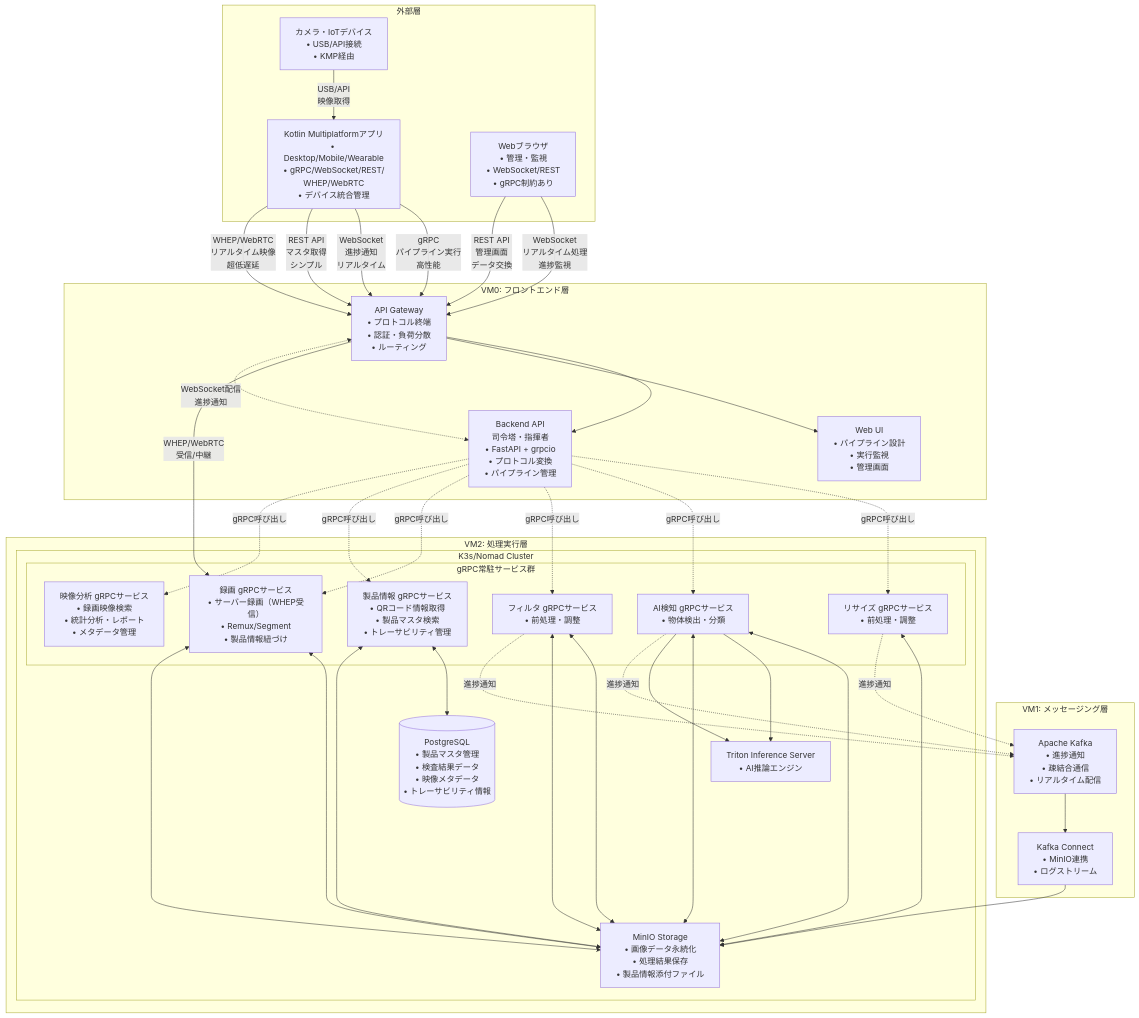
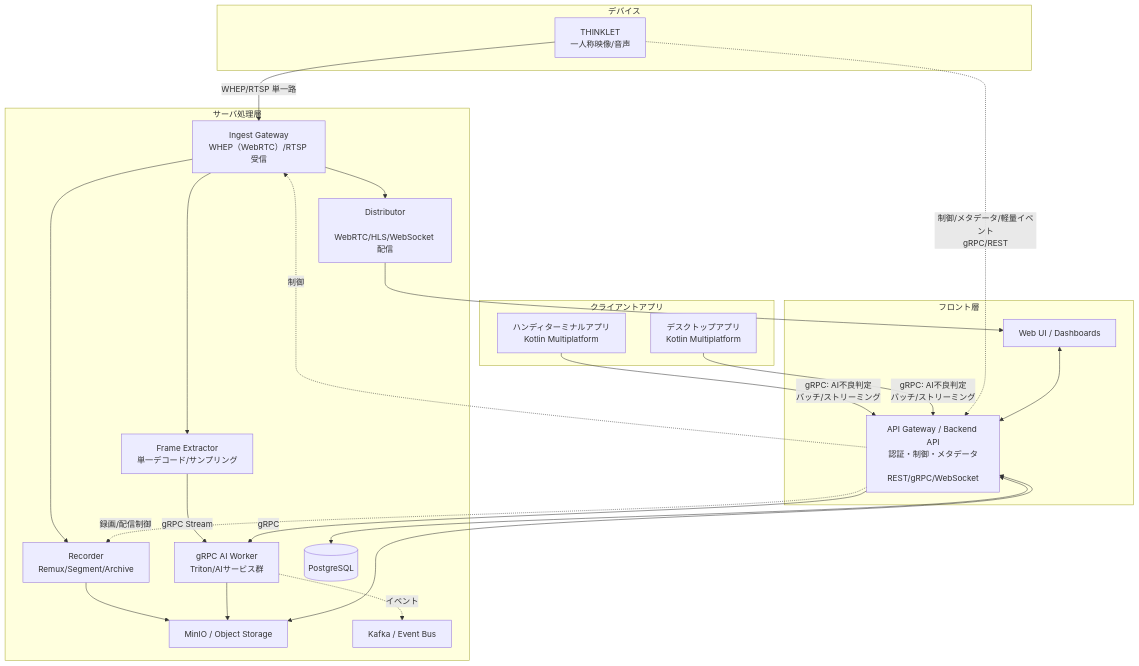
One commit to daichiTAAA/ImageFlowCanvas changed the first of 3 diagrams in docs/0300_設計_アプローチ1/0300_システム基本設計.md. Above: the diagram before and after it, drawn with Mermaid. The commit also changed other lines of this file and 83 other files, not shown here.

````diff
--- a/docs/0300_設計_アプローチ1/0300_システム基本設計.md
+++ b/docs/0300_設計_アプローチ1/0300_システム基本設計.md
@@ -44,84 +44,55 @@
 ```mermaid
 graph TB
-    subgraph "外部層"
-        KMPApp[Kotlin Multiplatformアプリ<br/>• Desktop/Mobile/Wearable<br/>• gRPC/WebSocket/REST/<br>WHEP/WebRTC<br/>• デバイス統合管理]
-        WebClient[Webブラウザ<br/>• 管理・監視<br/>• WebSocket/REST<br/>• gRPC制約あり]
-        Camera[カメラ・IoTデバイス<br/>• USB/API接続<br/>• KMP経由]
+    subgraph デバイス
+        THINKLET[THINKLET<br/>一人称映像/音声]
     end
-    
-    subgraph "VM0: フロントエンド層"
-        Gateway[API Gateway<br/>• プロトコル終端<br/>• 認証・負荷分散<br/>• ルーティング]
-        WebUI[Web UI<br/>• パイプライン設計<br/>• 実行監視<br/>• 管理画面]
-        Backend[Backend API<br/>司令塔・指揮者<br/>• FastAPI + grpcio<br/>• プロトコル変換<br/>• パイプライン管理]
+
+    subgraph クライアントアプリ
+        Handheld[ハンディターミナルアプリ<br/>Kotlin Multiplatform]
+        Desktop[デスクトップアプリ<br/>Kotlin Multiplatform]
     end
-    
-    subgraph "VM1: メッセージング層"
-        Kafka[Apache Kafka<br/>• 進捗通知<br/>• 疎結合通信<br/>• リアルタイム配信]
-        Connect[Kafka Connect<br/>• MinIO連携<br/>• ログストリーム]
+
+    subgraph フロント層
+        APIGW[API Gateway / Backend API<br/>認証・制御・メタデータ
+        <br/>REST/gRPC/WebSocket]
+        WebUI[Web UI / Dashboards]
     end
-    
-    subgraph "VM2: 処理実行層"
-        subgraph "K3s/Nomad Cluster"
-            MinIO[MinIO Storage<br/>• 画像データ永続化<br/>• 処理結果保存<br/>• 製品情報添付ファイル]
-            Database[(PostgreSQL<br/>• 製品マスタ管理<br/>• 検査結果データ<br/>• 映像メタデータ<br/>• トレーサビリティ情報)]
-            subgraph "gRPC常駐サービス群"
-                ResizeService[リサイズ gRPCサービス<br/>• 前処理・調整]
-                AIService[AI検知 gRPCサービス<br/>• 物体検出・分類]
-                FilterService[フィルタ gRPCサービス<br/>• 前処理・調整]
-                RecordingService[録画 gRPCサービス<br/>• サーバー録画（WHEP受信）<br/>• Remux/Segment<br/>• 製品情報紐づけ]
-                ProductService[製品情報 gRPCサービス<br/>• QRコード情報取得<br/>• 製品マスタ検索<br/>• トレーサビリティ管理]
-                VideoAnalysisService[映像分析 gRPCサービス<br/>• 録画映像検索<br/>• 統計分析・レポート<br/>• メタデータ管理]
-            end
-            TritonServer[Triton Inference Server<br/>• AI推論エンジン]
-        end
+
+    subgraph サーバ処理層
+        IngestGW[Ingest Gateway<br/>WHEP（WebRTC）/RTSP 受信]
+        Recorder[Recorder<br/>Remux/Segment/Archive]
+        Extractor[Frame Extractor<br/>単一デコード/サンプリング]
+        AIWorker[gRPC AI Worker<br/>Triton/AIサービス群]
+        Distributor[Distributor
+        <br/>WebRTC/HLS/WebSocket 配信]
+        MinIO[MinIO / Object Storage]
+        DB[(PostgreSQL)]
+        Kafka[Kafka / Event Bus]
     end
-    
-    %% カメラからアプリへ
-    Camera -->|USB/API<br/>映像取得| KMPApp
-    
-    %% Kotlin Multiplatformアプリの通信
-    KMPApp -->|gRPC<br/>パイプライン実行<br/>高性能| Gateway
-    KMPApp -->|WebSocket<br/>進捗通知<br/>リアルタイム| Gateway
-    KMPApp -->|REST API<br/>マスタ取得<br/>シンプル| Gateway
-    KMPApp -->|WHEP/WebRTC<br/>リアルタイム映像<br/>超低遅延| Gateway
-    
-    %% Webブラウザの通信（gRPC制約あり）
-    WebClient -->|WebSocket<br/>リアルタイム処理<br/>進捗監視| Gateway
-    WebClient -->|REST API<br/>管理画面<br/>データ交換| Gateway
-    
-    %% Gateway → Backend（プロトコル変換）
-    Gateway --> Backend
-    Gateway --> WebUI
-    
-    %% Backend → gRPCサービス（司令塔）
-    Backend -.->|gRPC呼び出し| ResizeService
-    Backend -.->|gRPC呼び出し| AIService
-    Backend -.->|gRPC呼び出し| FilterService
-    Backend -.->|gRPC呼び出し| RecordingService
-    Backend -.->|gRPC呼び出し| ProductService
-    Backend -.->|gRPC呼び出し| VideoAnalysisService
-    
-    %% ストレージアクセス
-    ResizeService <--> MinIO
-    AIService <--> MinIO
-    FilterService <--> MinIO
-    RecordingService <--> MinIO
-    ProductService <--> Database
-    ProductService <--> MinIO
-    AIService --> TritonServer
-    AIService <--> MinIO
-    FilterService <--> MinIO
-    RecordingService <--> MinIO
-    AIService --> TritonServer
 
-    %% WebRTC/WHEP中継とサーバー録画
-    Gateway -->|WHEP/WebRTC<br/>受信/中継| RecordingService
-    
-    %% 疎結合通知（Kafka）
-    ResizeService -.->|進捗通知| Kafka
-    AIService -.->|進捗通知| Kafka
-    FilterService -.->|進捗通知| Kafka
-    Kafka --> Connect
-    Connect --> MinIO
-    Backend <-.->|WebSocket配信<br/>進捗通知| Gateway
+    %% 単一路インジェスト（THINKLET）
+    THINKLET -->|WHEP/RTSP 単一路| IngestGW
+
+    %% サーバ分岐（録画/AI/配信）
+    IngestGW --> Recorder
+    IngestGW --> Extractor
+    IngestGW --> Distributor
+    Recorder --> MinIO
+    Extractor -->|gRPC Stream| AIWorker
+    AIWorker --> MinIO
+    AIWorker -.->|イベント| Kafka
+    Distributor --> WebUI
+
+    %% アプリからのAI不良判定（gRPC）
+    Handheld -->|gRPC: AI不良判定<br/>バッチ/ストリーミング| APIGW
+    Desktop -->|gRPC: AI不良判定<br/>バッチ/ストリーミング| APIGW
+    APIGW -->|gRPC| AIWorker
+
+    %% 制御/メタデータ
+    THINKLET -.->|制御/メタデータ/軽量イベント<br/>gRPC/REST| APIGW
+    WebUI <--> APIGW
+    APIGW -.->|制御| IngestGW
+    APIGW -.->|録画/配信制御| Recorder
+    APIGW <--> DB
+    APIGW <--> MinIO
 ```
````
